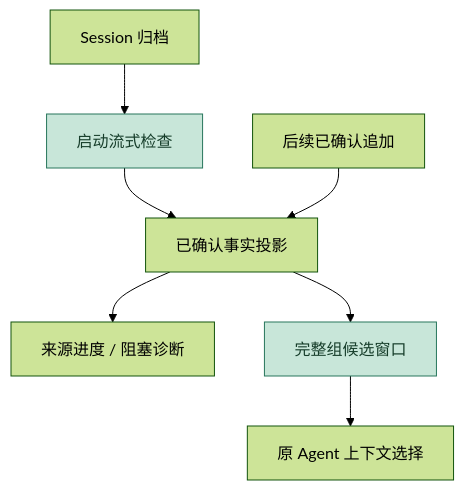
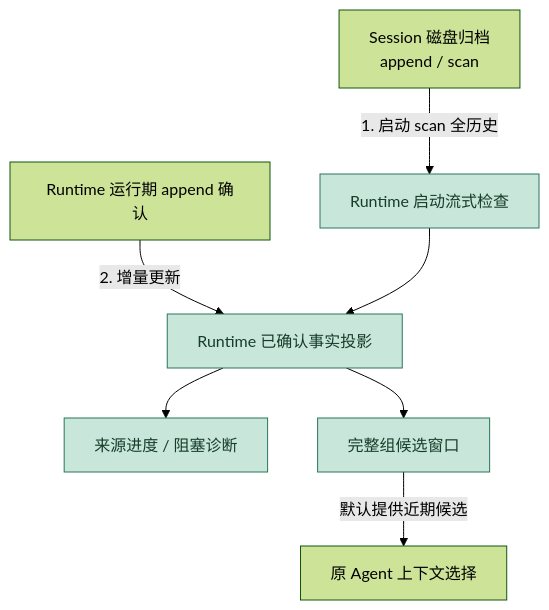
Before and after one commit to 13776578253-glitch/1002bot: the fifth of 8 diagrams in docs/2026-10-09-M4.0进度与架构图.md, drawn with Mermaid (forest theme). The commit also changed other lines of this file and 2 other files, not shown here.

Commit message:
docs(core): expand M4 and M5 architecture reports

````diff
--- a/docs/2026-10-09-M4.0进度与架构图.md
+++ b/docs/2026-10-09-M4.0进度与架构图.md
@@ -92,11 +106,11 @@
 ```mermaid
 flowchart TB
-  S[Session 归档] --> B[启动流式检查]
-  B --> V[已确认事实投影]
-  C[后续已确认追加] --> V
+  S[Session 磁盘归档<br/>append / scan] -->|1. 启动 scan 全历史| B[Runtime 启动流式检查]
+  C[Runtime 运行期 append 确认] -->|2. 增量更新| V[Runtime 已确认事实投影]
+  B --> V
   V --> D[来源进度 / 阻塞诊断]
   V --> H[完整组候选窗口]
-  H --> A[原 Agent 上下文选择]
+  H -->|默认提供近期候选| A[原 Agent 上下文选择]
   classDef added fill:#c8e6d9,stroke:#28765c,color:#163d2a;
-  class B,H added;
+  class B,V,D,H added;
 ```
````
